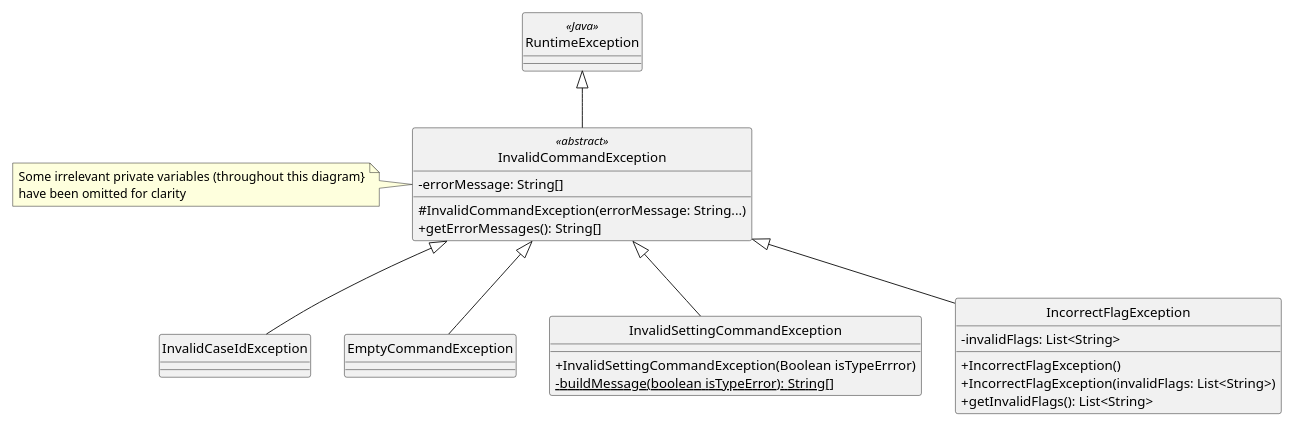
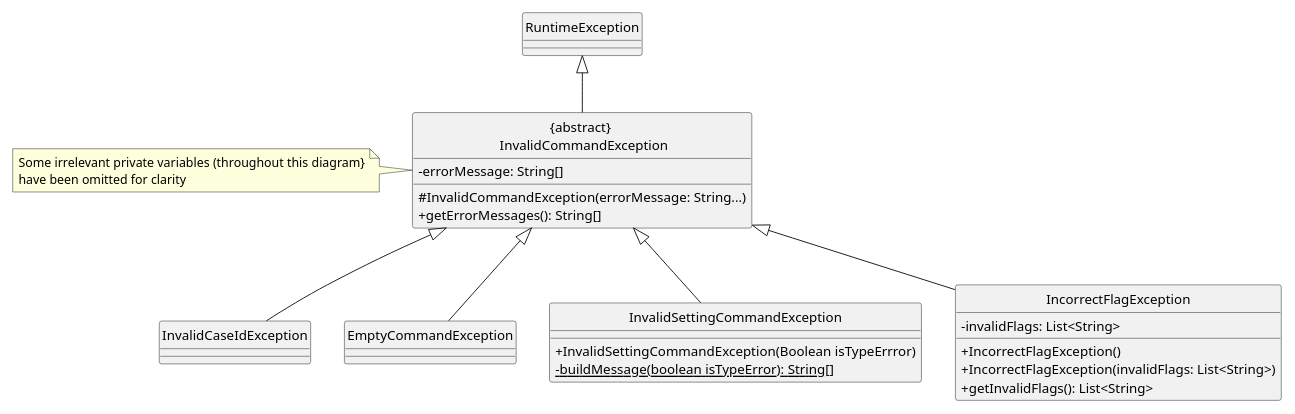
Before and after one commit to zhengjie2002/tp: the diagram in docs/diagrams/specific/ExceptionClassDiagram.puml, drawn with PlantUML. The commit also changed 12 other files, not shown here.

```diff
--- a/docs/diagrams/specific/ExceptionClassDiagram.puml
+++ b/docs/diagrams/specific/ExceptionClassDiagram.puml
@@ -1,44 +1,44 @@
 @startuml ExceptionHierarchy
 hide circle
 skinparam classAttributeIconSize 0
 scale max 1024 width
 
-class RuntimeException <<Java>> {
+class RuntimeException {
 }
 
-class InvalidCommandException <<abstract>> {
+class "{abstract} \n InvalidCommandException" {
     - errorMessage: String[]
     # InvalidCommandException(errorMessage: String...)
     + getErrorMessages(): String[]
 }
 
 class InvalidCaseIdException {
 }
 
 class EmptyCommandException {
 }
 
 class InvalidSettingCommandException {
     + InvalidSettingCommandException(Boolean isTypeErrror)
     - {static} buildMessage(boolean isTypeError): String[]
 }
 
 class IncorrectFlagException {
     - invalidFlags: List<String>
     + IncorrectFlagException()
     + IncorrectFlagException(invalidFlags: List<String>)
     + getInvalidFlags(): List<String>
 }
 
-RuntimeException <|-- InvalidCommandException
-InvalidCommandException <|-- InvalidCaseIdException
-InvalidCommandException <|-- InvalidSettingCommandException
-InvalidCommandException <|-- IncorrectFlagException
-InvalidCommandException <|-- EmptyCommandException
+RuntimeException <|-- "{abstract} \n InvalidCommandException"
+"{abstract} \n InvalidCommandException" <|-- InvalidCaseIdException
+"{abstract} \n InvalidCommandException" <|-- InvalidSettingCommandException
+"{abstract} \n InvalidCommandException" <|-- IncorrectFlagException
+"{abstract} \n InvalidCommandException" <|-- EmptyCommandException
 
-note left of InvalidCommandException
+note left of "{abstract} \n InvalidCommandException"
 Some irrelevant private variables (throughout this diagram}
 have been omitted for clarity
 end note
 
 @enduml
```
